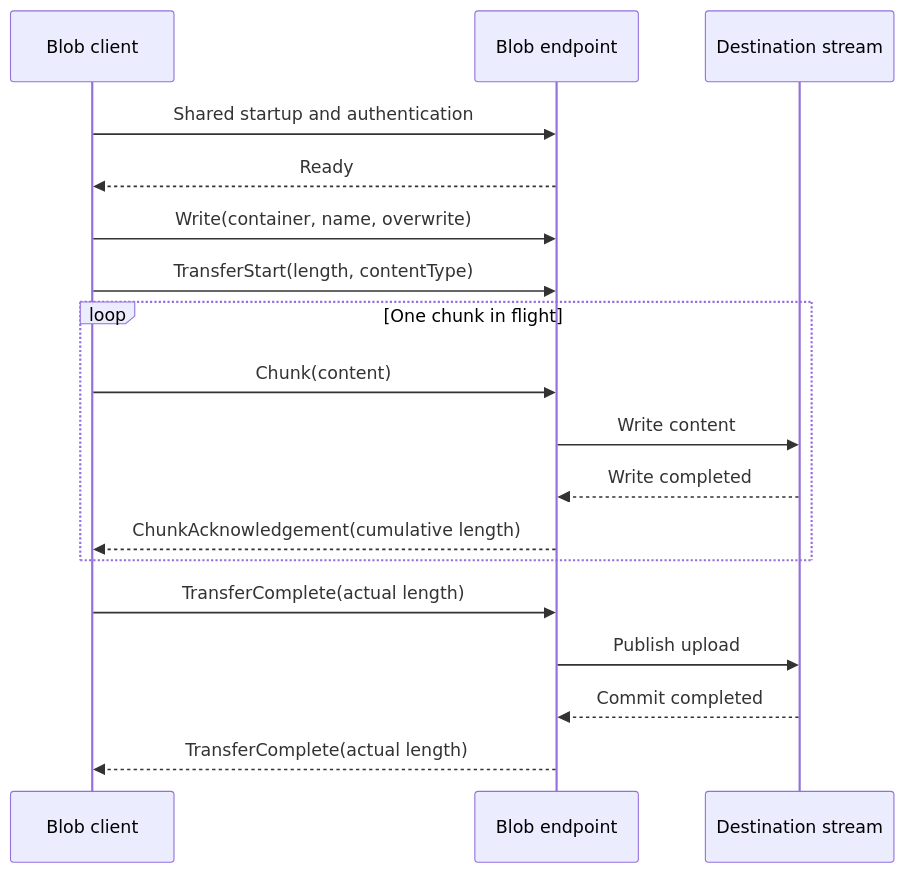
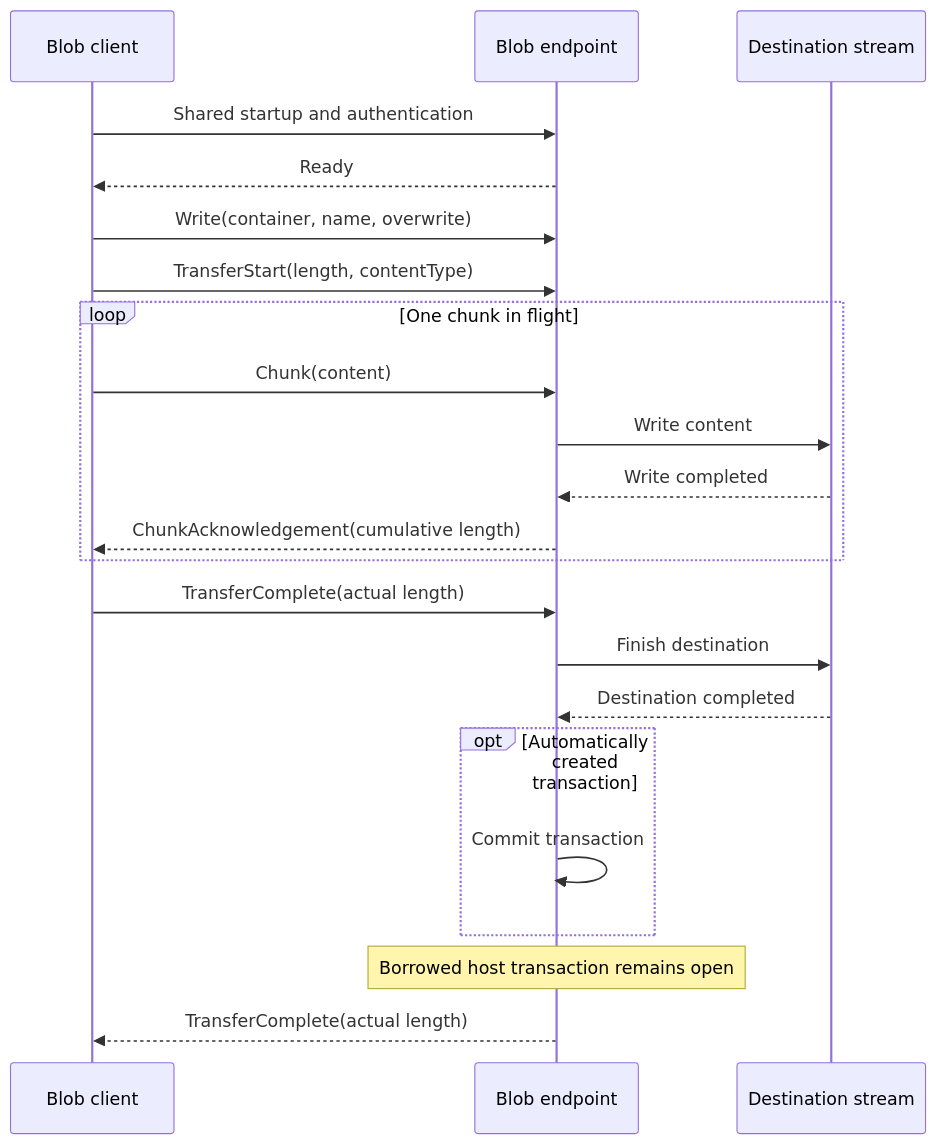
The fourth of 4 diagrams in docs/dotnet-apis/resources/database/assimalign-cohesion-database-blob/design.md (assimalign/cohesion-docs), drawn with Mermaid before and after one commit. The commit also changed other lines of this file and 21 other files, not shown here.

````diff
--- a/docs/dotnet-apis/resources/database/assimalign-cohesion-database-blob/design.md
+++ b/docs/dotnet-apis/resources/database/assimalign-cohesion-database-blob/design.md
@@ -318,20 +319,24 @@
 ```mermaid
 sequenceDiagram
     participant C as Blob client
     participant S as Blob endpoint
     participant D as Destination stream
     C->>S: Shared startup and authentication
     S-->>C: Ready
     C->>S: Write(container, name, overwrite)
     C->>S: TransferStart(length, contentType)
     loop One chunk in flight
         C->>S: Chunk(content)
         S->>D: Write content
         D-->>S: Write completed
         S-->>C: ChunkAcknowledgement(cumulative length)
     end
     C->>S: TransferComplete(actual length)
-    S->>D: Publish upload
-    D-->>S: Commit completed
+    S->>D: Finish destination
+    D-->>S: Destination completed
+    opt Automatically created transaction
+        S->>S: Commit transaction
+    end
+    Note over S: Borrowed host transaction remains open
     S-->>C: TransferComplete(actual length)
 ```
````
